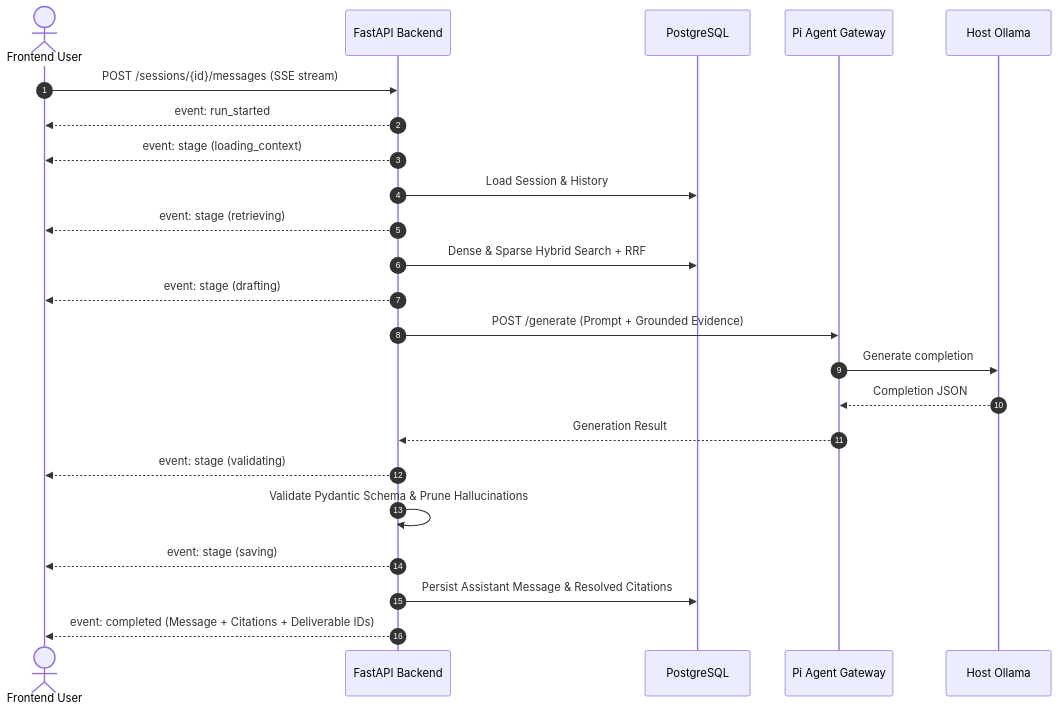
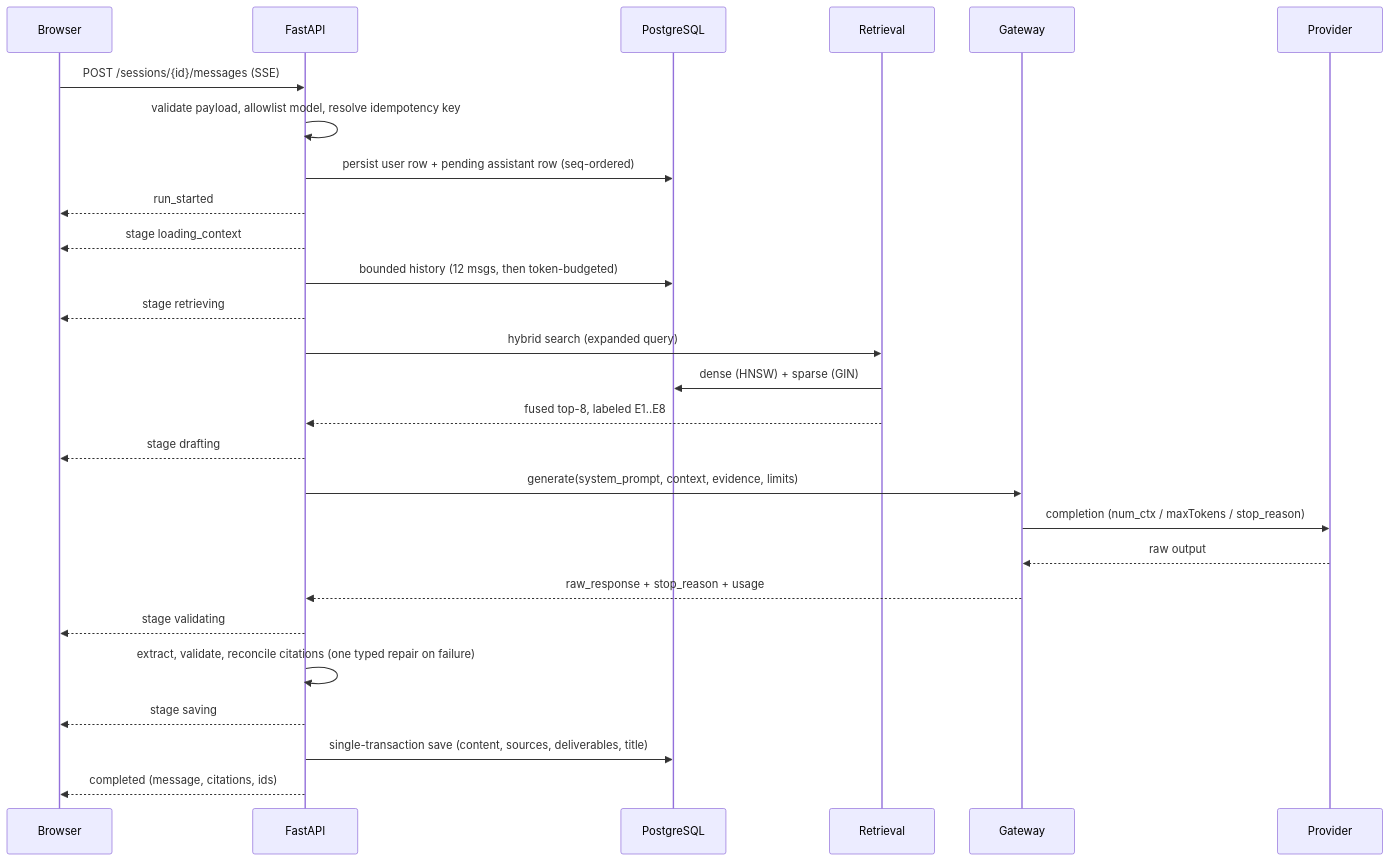
Before and after one commit to imshreyaskn/kestrel: the third of 6 diagrams in docs/architecture.md, drawn with Mermaid. The commit also changed other lines of this file and 25 other files, not shown here.

````diff
--- a/docs/architecture.md
+++ b/docs/architecture.md
@@ -170,26 +104,30 @@
 ```mermaid
 sequenceDiagram
-    autonumber
-    actor Reader as Frontend User
-    participant Fast as FastAPI Backend
-    participant DB as PostgreSQL
-    participant Gate as Pi Agent Gateway
-    participant Ollama as Host Ollama
+    participant B as Browser
+    participant A as FastAPI
+    participant D as PostgreSQL
+    participant R as Retrieval
+    participant G as Gateway
+    participant P as Provider
 
-    Reader->>Fast: POST /sessions/{id}/messages (SSE stream)
-    Fast-->>Reader: event: run_started
-    Fast-->>Reader: event: stage (loading_context)
-    Fast->>DB: Load Session & History
-    Fast-->>Reader: event: stage (retrieving)
-    Fast->>DB: Dense & Sparse Hybrid Search + RRF
-    Fast-->>Reader: event: stage (drafting)
-    Fast->>Gate: POST /generate (Prompt + Grounded Evidence)
-    Gate->>Ollama: Generate completion
-    Ollama-->>Gate: Completion JSON
-    Gate-->>Fast: Generation Result
-    Fast-->>Reader: event: stage (validating)
-    Fast->>Fast: Validate Pydantic Schema & Prune Hallucinations
-    Fast-->>Reader: event: stage (saving)
-    Fast->>DB: Persist Assistant Message & Resolved Citations
-    Fast-->>Reader: event: completed (Message + Citations + Deliverable IDs)
+    B->>A: POST /sessions/{id}/messages (SSE)
+    A->>A: validate payload, allowlist model, resolve idempotency key
+    A->>D: persist user row + pending assistant row (seq-ordered)
+    A-->>B: run_started
+    A-->>B: stage loading_context
+    A->>D: bounded history (12 msgs, then token-budgeted)
+    A-->>B: stage retrieving
+    A->>R: hybrid search (expanded query)
+    R->>D: dense (HNSW) + sparse (GIN)
+    R-->>A: fused top-8, labeled E1..E8
+    A-->>B: stage drafting
+    A->>G: generate(system_prompt, context, evidence, limits)
+    G->>P: completion (num_ctx / maxTokens / stop_reason)
+    P-->>G: raw output
+    G-->>A: raw_response + stop_reason + usage
+    A-->>B: stage validating
+    A->>A: extract, validate, reconcile citations (one typed repair on failure)
+    A-->>B: stage saving
+    A->>D: single-transaction save (content, sources, deliverables, title)
+    A-->>B: completed (message, citations, ids)
 ```
````
